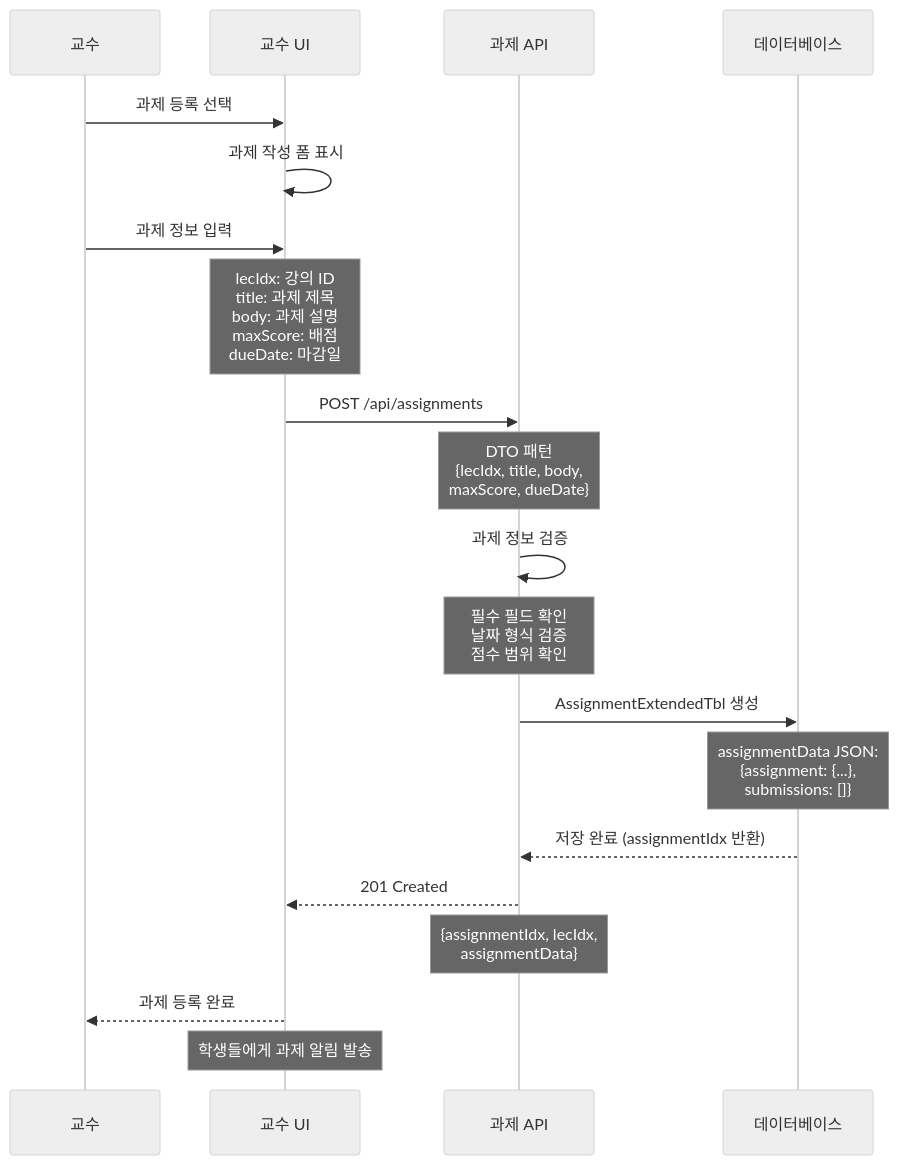
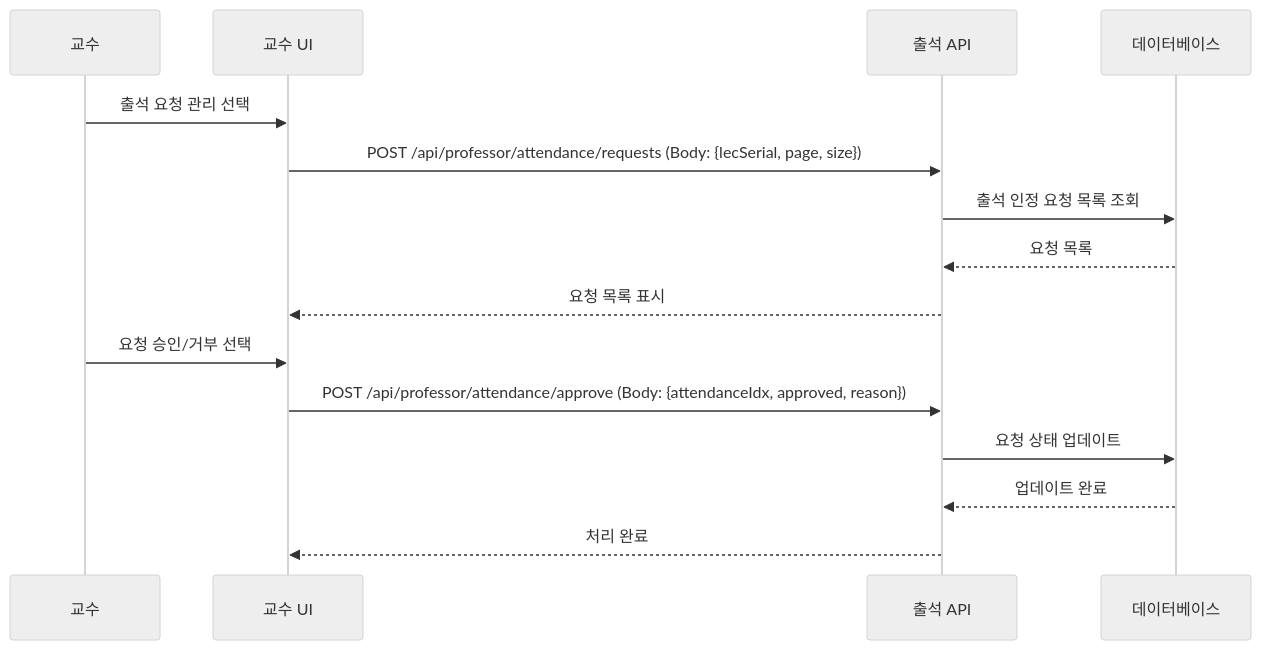
The fourth of 9 diagrams in backend/BlueCrab/docs/강의관련기능/05-교수플로우.md (hooting76/blue-crab-lms), drawn with Mermaid (neutral theme) before and after one commit. The commit also changed other lines of this file and 19 other files, not shown here.

````diff
--- a/backend/BlueCrab/docs/강의관련기능/05-교수플로우.md
+++ b/backend/BlueCrab/docs/강의관련기능/05-교수플로우.md
@@ -957,29 +152,19 @@
 ```mermaid
 sequenceDiagram
     participant Professor as 교수
     participant UI as 교수 UI
-    participant API as 과제 API
+    participant API as 출석 API
     participant DB as 데이터베이스
 
-    Professor->>UI: 과제 등록 선택
-    UI->>UI: 과제 작성 폼 표시
+    Professor->>UI: 출석 요청 관리 선택
+    UI->>API: POST /api/professor/attendance/requests (Body: {lecSerial, page, size})
+    API->>DB: 출석 인정 요청 목록 조회
+    DB-->>API: 요청 목록
+    API-->>UI: 요청 목록 표시
 
-    Professor->>UI: 과제 정보 입력
-    Note over UI: lecIdx: 강의 ID<br/>title: 과제 제목<br/>body: 과제 설명<br/>maxScore: 배점<br/>dueDate: 마감일
-
-    UI->>API: POST /api/assignments
-    Note over API: DTO 패턴<br/>{lecIdx, title, body,<br/>maxScore, dueDate}
-
-    API->>API: 과제 정보 검증
-    Note over API: 필수 필드 확인<br/>날짜 형식 검증<br/>점수 범위 확인
-
-    API->>DB: AssignmentExtendedTbl 생성
-    Note over DB: assignmentData JSON:<br/>{assignment: {...},<br/>submissions: []}
-
-    DB-->>API: 저장 완료 (assignmentIdx 반환)
-    API-->>UI: 201 Created
-    Note over API: {assignmentIdx, lecIdx,<br/>assignmentData}
-
-    UI-->>Professor: 과제 등록 완료
-    Note over UI: 학생들에게 과제 알림 발송
+    Professor->>UI: 요청 승인/거부 선택
+    UI->>API: POST /api/professor/attendance/approve (Body: {attendanceIdx, approved, reason})
+    API->>DB: 요청 상태 업데이트
+    DB-->>API: 업데이트 완료
+    API-->>UI: 처리 완료
 ```
````
